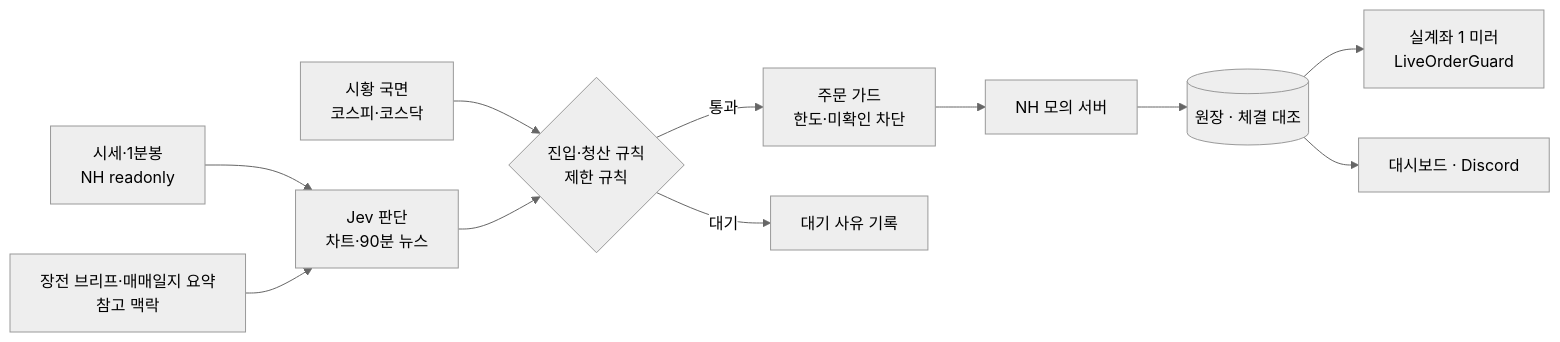
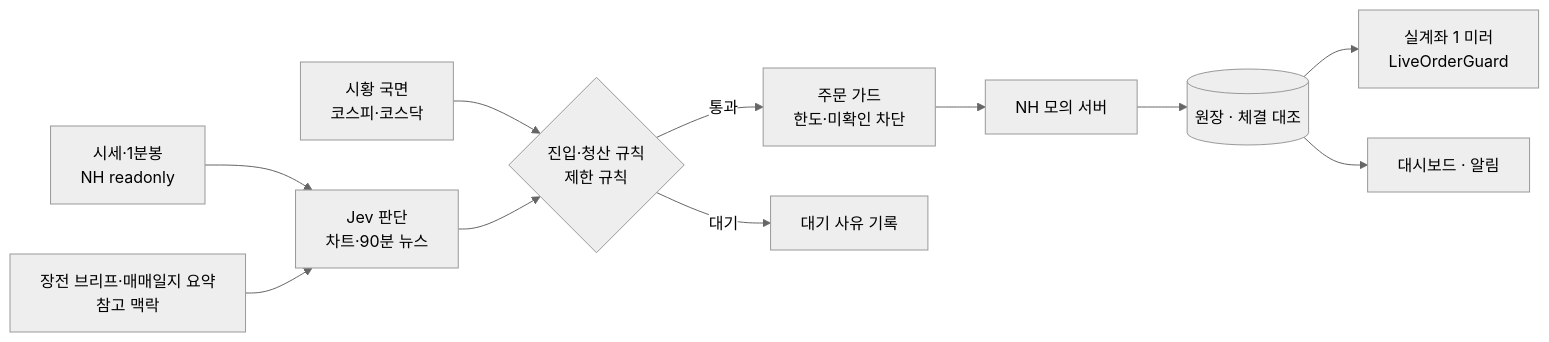
The fifth of 14 diagrams in README.md (roadkwonai/omni-ai-trading), drawn with Mermaid (neutral theme) before and after one commit. The commit also changed other lines of this file and 185 other files, not shown here.

````diff
--- a/README.md
+++ b/README.md
@@ -121,13 +477,13 @@
 ```mermaid
 flowchart LR
   A["시세·1분봉<br/>NH readonly"] --> B["Jev 판단<br/>차트·90분 뉴스"]
   C["시황 국면<br/>코스피·코스닥"] --> D
   N["장전 브리프·매매일지 요약<br/>참고 맥락"] --> B
   B --> D{"진입·청산 규칙<br/>제한 규칙"}
   D -->|통과| G["주문 가드<br/>한도·미확인 차단"]
   D -->|대기| W["대기 사유 기록"]
   G --> P["NH 모의 서버"]
   P --> L[("원장 · 체결 대조")]
   L --> M["실계좌 1 미러<br/>LiveOrderGuard"]
-  L --> UI["대시보드 · Discord"]
+  L --> UI["대시보드 · 알림"]
 ```
````
